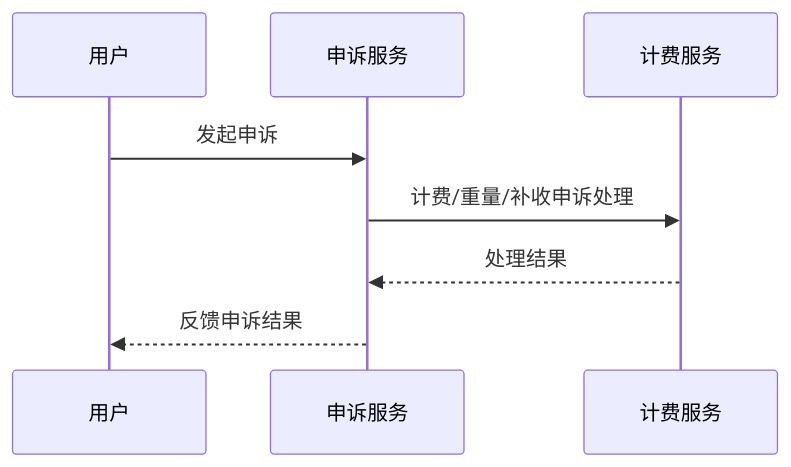
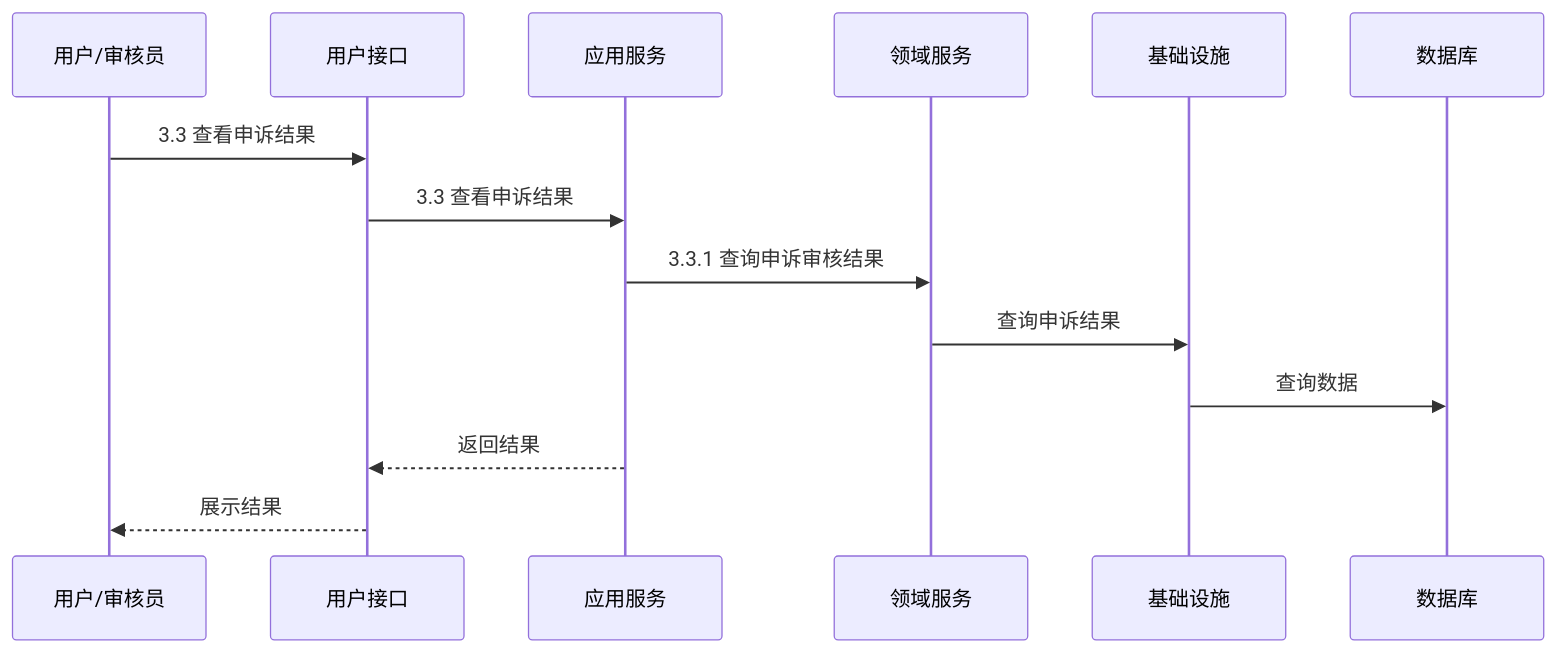
Diagram 16 of 20 in docs/design/申诉详设.md (oleewen/ai-master), drawn with Mermaid before and after one commit. The commit also changed other lines of this file and 1 other file, not shown here.

````diff
--- a/docs/design/申诉详设.md
+++ b/docs/design/申诉详设.md
@@ -187,10 +549,16 @@
 ```mermaid
 sequenceDiagram
-    participant U as 用户
-    participant A as 申诉服务
-    participant C as 计费服务
-    U->>A: 发起申诉
-    A->>C: 计费/重量/补收申诉处理
-    C-->>A: 处理结果
-    A-->>U: 反馈申诉结果
+    participant U as 用户/审核员
+    participant API as 用户接口
+    participant APP as 应用服务
+    participant DOMAIN as 领域服务
+    participant INFRA as 基础设施
+    participant DB as 数据库
+    U->>API: 3.3 查看申诉结果
+    API->>APP: 3.3 查看申诉结果
+    APP->>DOMAIN: 3.3.1 查询申诉审核结果
+    DOMAIN->>INFRA: 查询申诉结果
+    INFRA->>DB: 查询数据
+    APP-->>API: 返回结果
+    API-->>U: 展示结果
 ```
````
